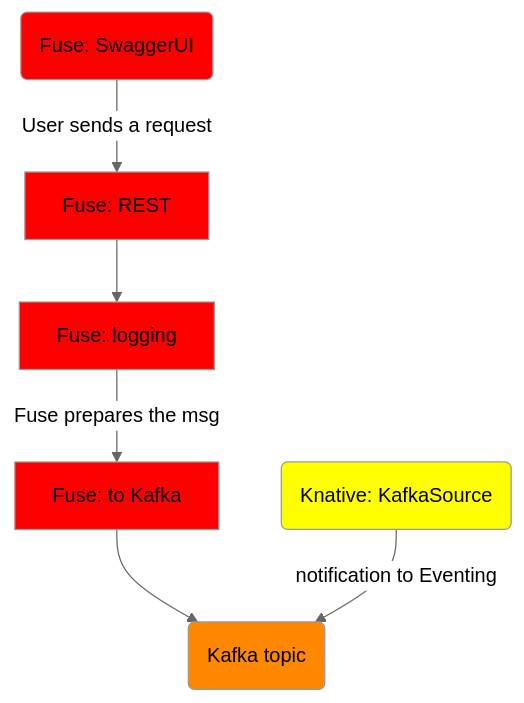
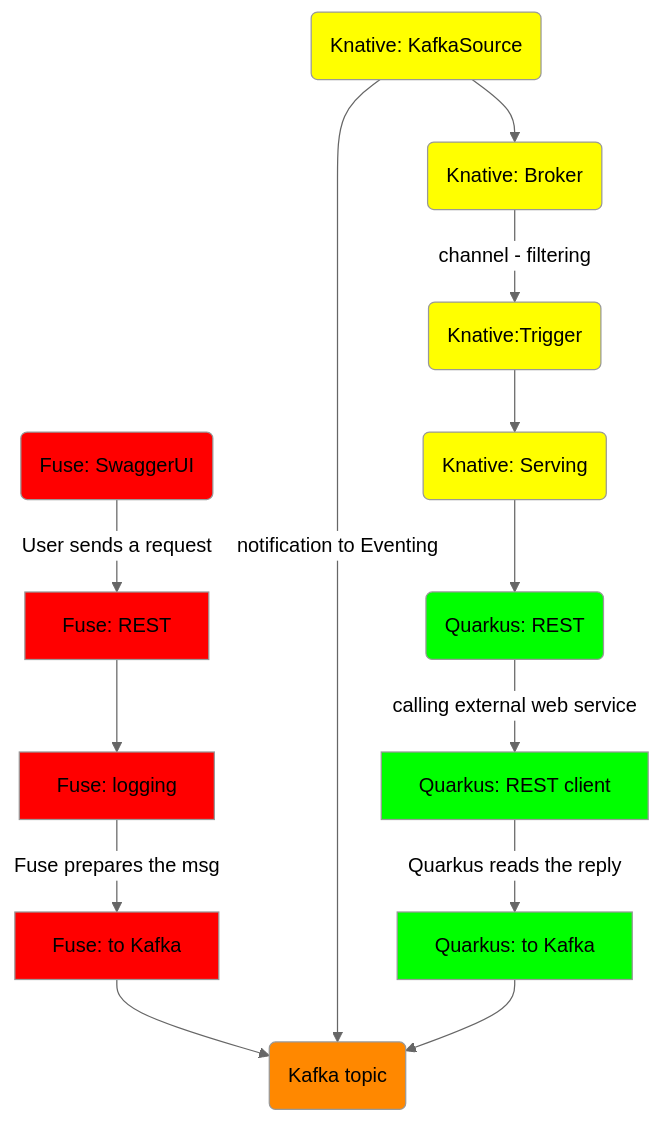
The diagram in README.md (lucamaf/psychic-happiness), drawn with Mermaid (neutral theme) before and after one commit. The commit also changed other lines of this file and 1 other file, not shown here.

````diff
--- a/README.md
+++ b/README.md
@@ -48,14 +48,27 @@
 ```mermaid
   graph TD;
-    A(Fuse: SwaggerUI) -->|User sends a request| B[Fuse: REST];
+    A(Fuse: SwaggerUI) -->|User sends a request| B[Fuse: REST]
     B --> C[Fuse: logging]
     C --> |Fuse prepares the msg| D[Fuse: to Kafka]
     D --> E(Kafka topic)
     F(Knative: KafkaSource) --> |notification to Eventing| E
+    F --> G(Knative: Broker)
+    G --> |channel - filtering| H(Knative:Trigger)
+    H --> I(Knative: Serving)
+    I --> L(Quarkus: REST)
+    L --> |calling external web service| M[Quarkus: REST client]
+    M --> |Quarkus reads the reply| N[Quarkus: to Kafka]
+    N --> E
     style A fill:#f00
     style B fill:#f00
     style C fill:#f00
     style D fill:#f00
     style E fill:#f80
     style F fill:#ff0
+    style G fill:#ff0
+    style H fill:#ff0
+    style I fill:#ff0
+    style L fill:#0f0
+    style M fill:#0f0
+    style N fill:#0f0
 ```
````
